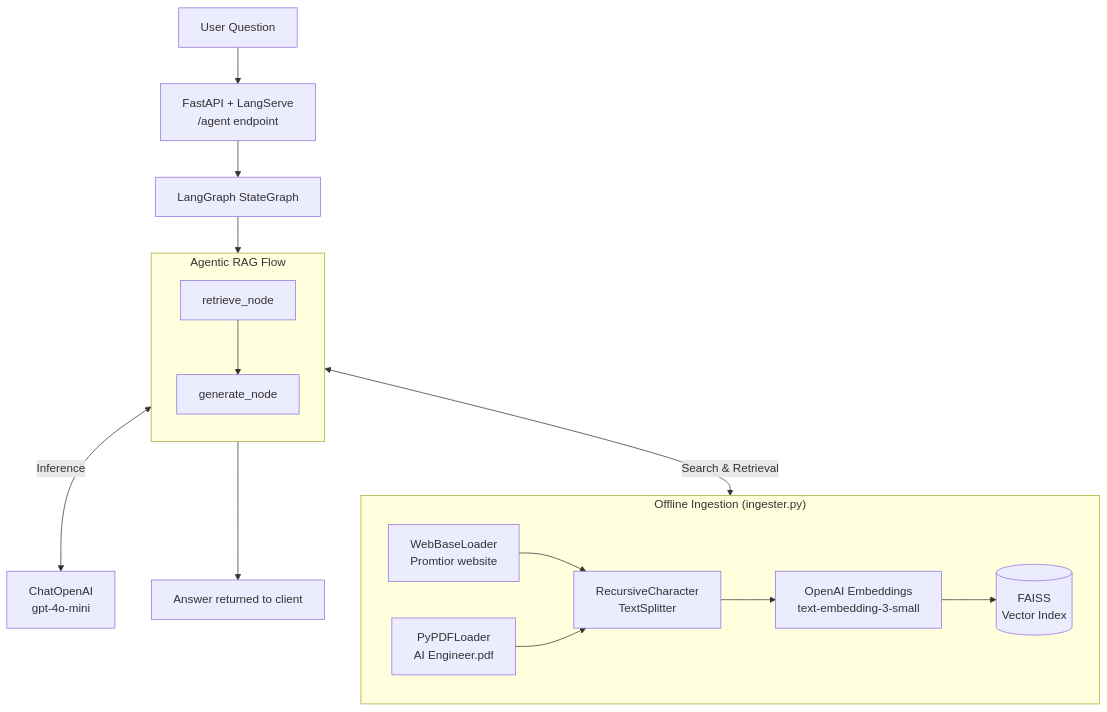
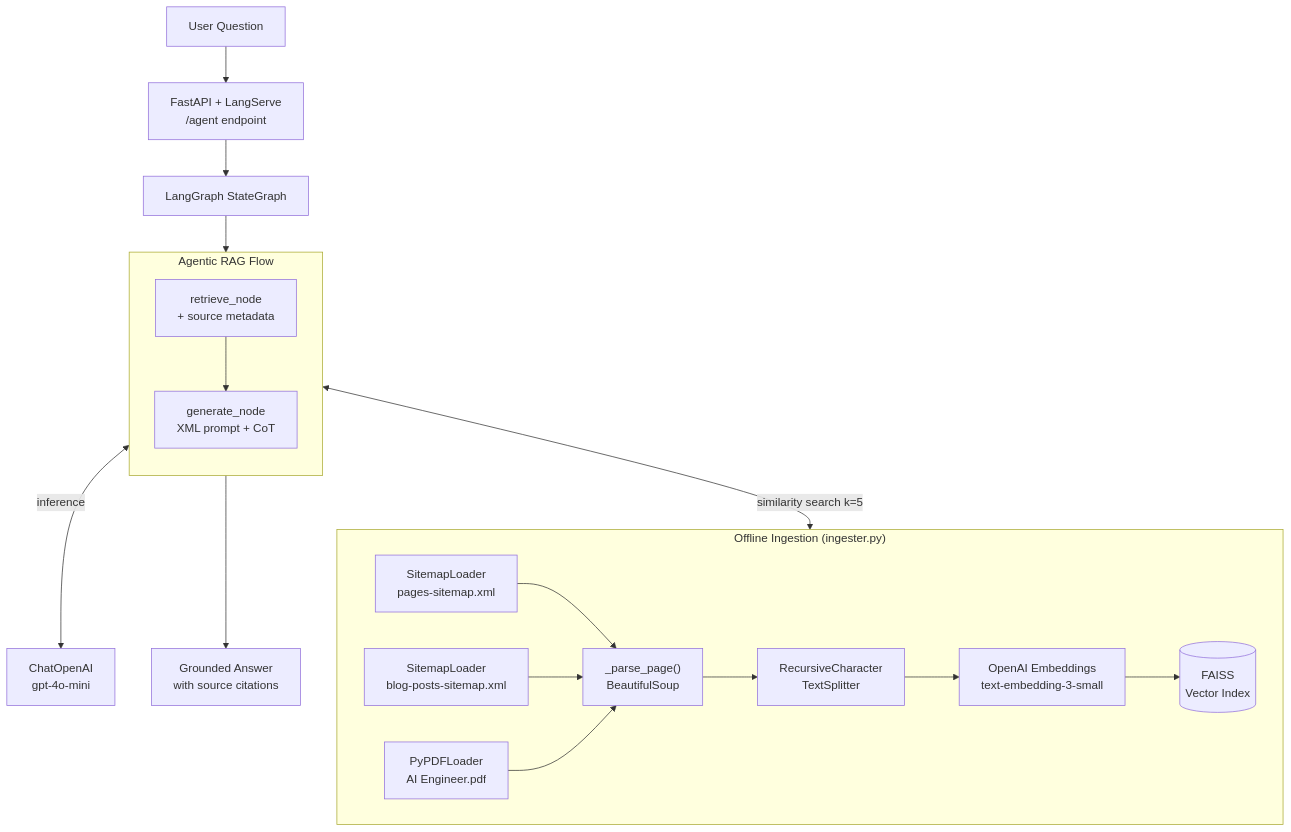
The diagram in doc/REPORT.md (Lochi011/promtior-ai-challenge), drawn with Mermaid before and after one commit. The commit also changed other lines of this file and 6 other files, not shown here.

````diff
--- a/doc/REPORT.md
+++ b/doc/REPORT.md
@@ -34,26 +45,25 @@
 ```mermaid
 graph TD
-    %% --- SECCIÓN DE DATOS (Izquierda) ---
     subgraph Ingestion["Offline Ingestion (ingester.py)"]
         direction LR
-        I["WebBaseLoader<br/>Promtior website"] --> K["RecursiveCharacter<br/>TextSplitter"]
-        J["PyPDFLoader<br/>AI Engineer.pdf"] --> K
+        I["SitemapLoader<br/>pages-sitemap.xml"] --> P["_parse_page()<br/>BeautifulSoup"]
+        IB["SitemapLoader<br/>blog-posts-sitemap.xml"] --> P
+        J["PyPDFLoader<br/>AI Engineer.pdf"] --> P
+        P --> K["RecursiveCharacter<br/>TextSplitter"]
         K --> L["OpenAI Embeddings<br/>text-embedding-3-small"]
         L --> F[("FAISS<br/>Vector Index")]
     end
 
-    %% --- FLUJO PRINCIPAL (Centro/Derecha) ---
     A["User Question"] --> B["FastAPI + LangServe<br/>/agent endpoint"]
     B --> C["LangGraph StateGraph"]
 
     subgraph Flow["Agentic RAG Flow"]
         direction TB
-        D["retrieve_node"] --> E["generate_node"]
+        D["retrieve_node<br/>+ source metadata"] --> E["generate_node<br/>XML prompt + CoT"]
     end
 
-    %% --- CONEXIONES LIMPIAS ---
     C --> D
-    D <-->|Search & Retrieval| F
-    E <-->|Inference| G["ChatOpenAI<br/>gpt-4o-mini"]
-    E --> H["Answer returned to client"]
+    D <-->|"similarity search k=5"| F
+    E <-->|"inference"| G["ChatOpenAI<br/>gpt-4o-mini"]
+    E --> H["Grounded Answer<br/>with source citations"]
 ```
````
